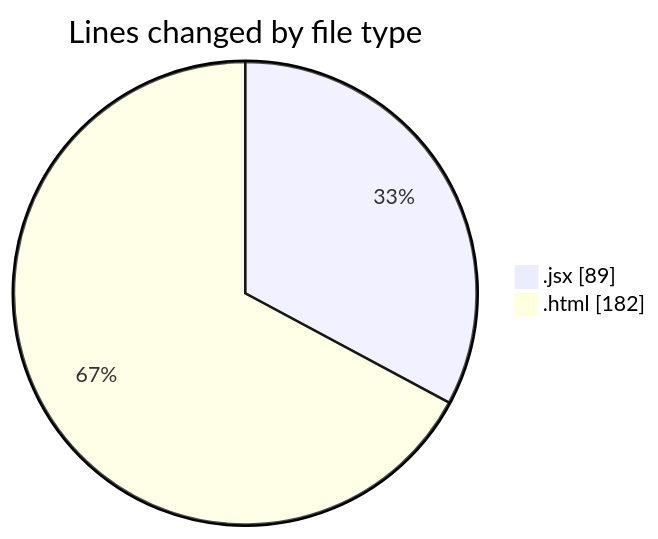
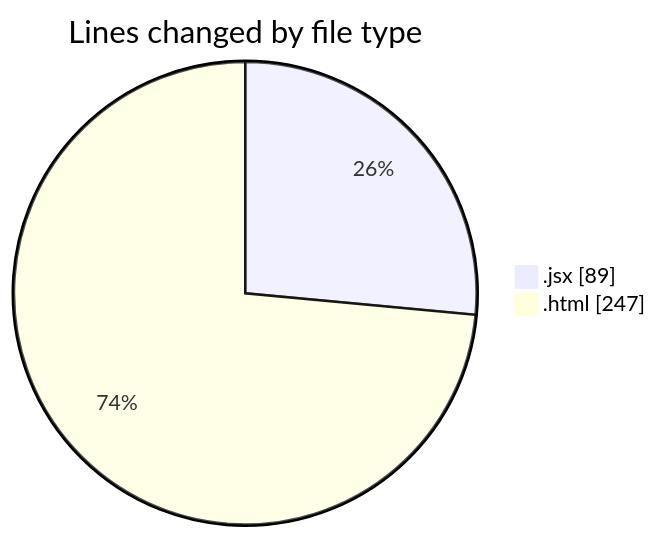
Before and after one commit to robertbonfada/code-tracking: the first of 2 diagrams in 2025-02-28/chatgpt-blog/README.md, drawn with Mermaid. The commit also changed other lines of this file and 1 other file, not shown here.

````diff
--- a/2025-02-28/chatgpt-blog/README.md
+++ b/2025-02-28/chatgpt-blog/README.md
@@ -22,6 +23,6 @@
 ```mermaid
 pie showData
 title Lines changed by file type
 ".jsx" : 89
-".html" : 182
+".html" : 247
 ```
````
